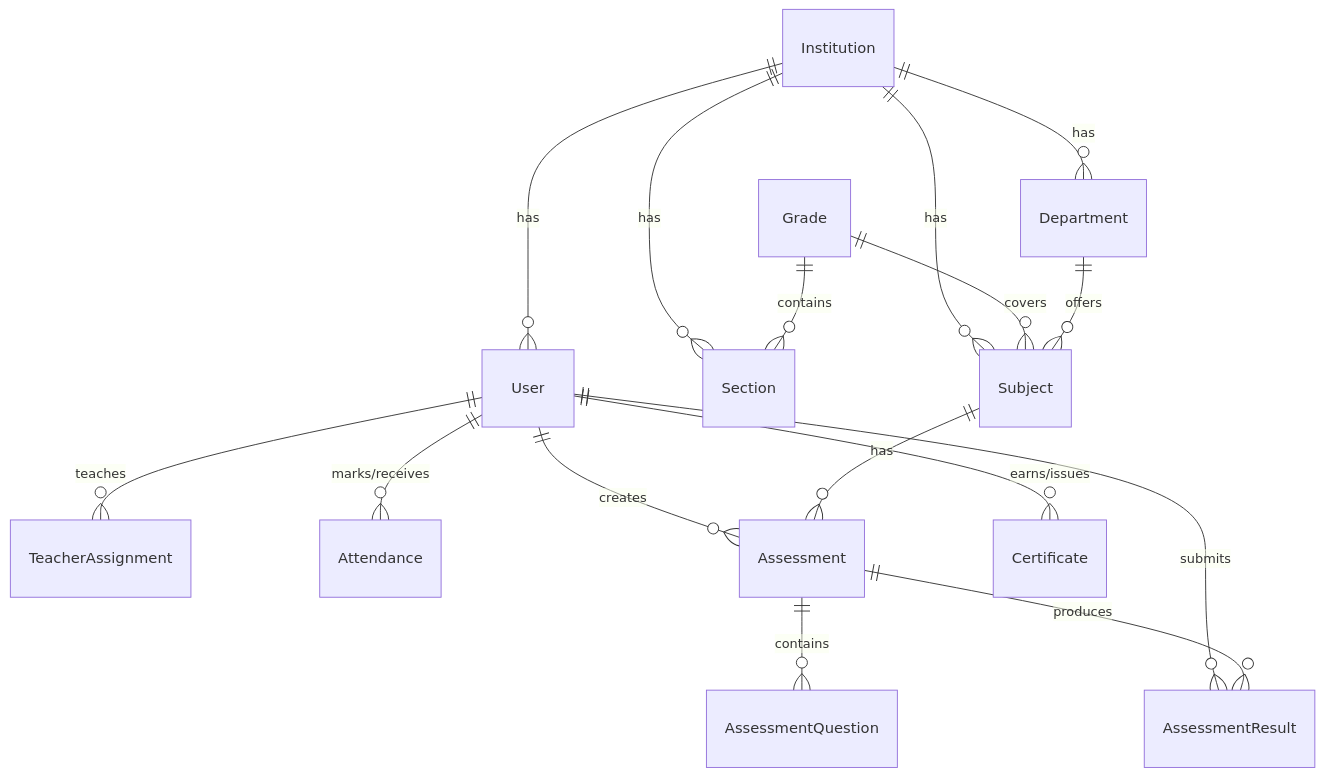
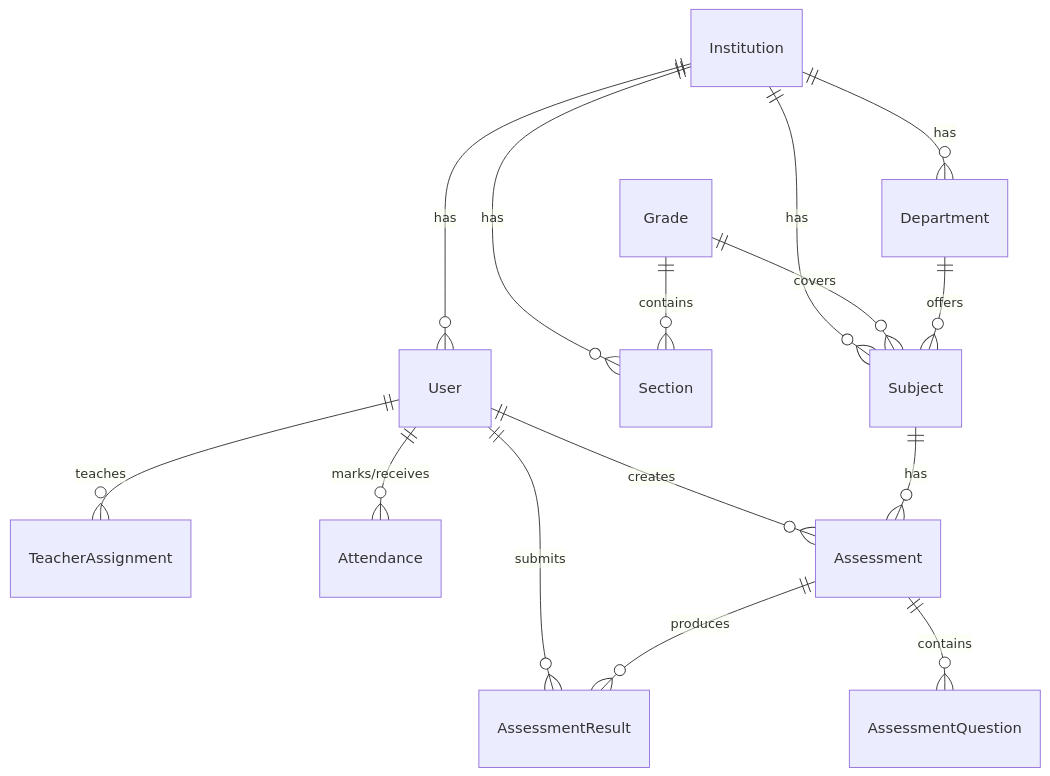
One commit to Ragulvl/skolar changed the diagram in README.md. Above: the diagram before and after it, drawn with Mermaid. The commit also changed other lines of this file and 125 other files, not shown here.

````diff
--- a/README.md
+++ b/README.md
@@ -232,18 +232,17 @@
 ```mermaid
 erDiagram
     Institution ||--o{ User : has
     Institution ||--o{ Section : has
     Institution ||--o{ Department : has
     Institution ||--o{ Subject : has
     Grade ||--o{ Section : contains
     Grade ||--o{ Subject : covers
     Department ||--o{ Subject : offers
     User ||--o{ TeacherAssignment : teaches
     User ||--o{ Attendance : "marks/receives"
     User ||--o{ Assessment : creates
     User ||--o{ AssessmentResult : submits
-    User ||--o{ Certificate : "earns/issues"
     Subject ||--o{ Assessment : has
     Assessment ||--o{ AssessmentQuestion : contains
     Assessment ||--o{ AssessmentResult : produces
 ```
````
